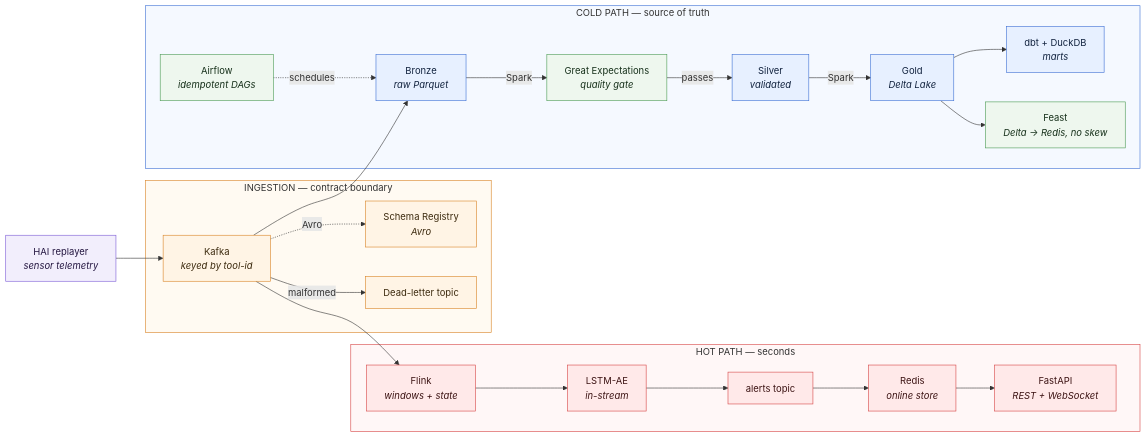
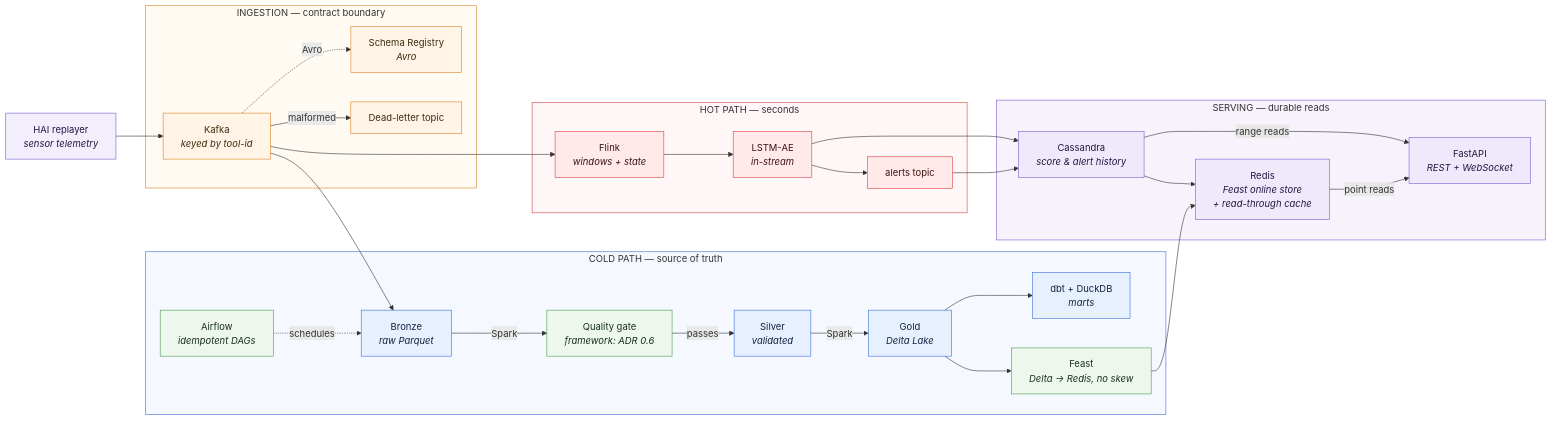
Before and after one commit to pqtrng/stream-lakehouse: the first of 2 diagrams in README.md, drawn with Mermaid. The commit also changed other lines of this file and 1 other file, not shown here.

````diff
--- a/README.md
+++ b/README.md
@@ -24,53 +26,65 @@
 ```mermaid
 flowchart LR
     SRC["HAI replayer<br/><i>sensor telemetry</i>"]
 
     subgraph EDGE["INGESTION — contract boundary"]
         KAFKA["Kafka<br/><i>keyed by tool-id</i>"]
         REG["Schema Registry<br/><i>Avro</i>"]
         DLQ["Dead-letter topic"]
     end
 
     subgraph HOT["HOT PATH — seconds"]
         FLINK["Flink<br/><i>windows + state</i>"]
         SCORE["LSTM-AE<br/><i>in-stream</i>"]
         ALERTS["alerts topic"]
-        REDIS["Redis<br/><i>online store</i>"]
+    end
+
+    subgraph SERVE["SERVING — durable reads"]
+        CASS["Cassandra<br/><i>score &amp; alert history</i>"]
+        REDIS["Redis<br/><i>Feast online store<br/>+ read-through cache</i>"]
         API["FastAPI<br/><i>REST + WebSocket</i>"]
     end
 
     subgraph COLD["COLD PATH — source of truth"]
         AIRFLOW["Airflow<br/><i>idempotent DAGs</i>"]
         BRONZE["Bronze<br/><i>raw Parquet</i>"]
-        GE["Great Expectations<br/><i>quality gate</i>"]
+        QG["Quality gate<br/><i>framework: ADR 0.6</i>"]
         SILVER["Silver<br/><i>validated</i>"]
         GOLD["Gold<br/><i>Delta Lake</i>"]
         MART["dbt + DuckDB<br/><i>marts</i>"]
         FEAST["Feast<br/><i>Delta → Redis, no skew</i>"]
     end
 
     SRC --> KAFKA
     KAFKA -. Avro .-> REG
     KAFKA -- malformed --> DLQ
-    KAFKA --> FLINK --> SCORE --> ALERTS --> REDIS --> API
+    KAFKA --> FLINK --> SCORE --> ALERTS
+    SCORE --> CASS
+    ALERTS --> CASS
+    CASS -- range reads --> API
+    CASS --> REDIS -- point reads --> API
     KAFKA --> BRONZE
-    BRONZE -- Spark --> GE -- passes --> SILVER -- Spark --> GOLD --> MART
+    BRONZE -- Spark --> QG -- passes --> SILVER -- Spark --> GOLD --> MART
     GOLD --> FEAST
+    FEAST --> REDIS
     AIRFLOW -. schedules .-> BRONZE
 
     style EDGE fill:#fffaf2,stroke:#d98324,stroke-width:1px
     style HOT fill:#fff7f7,stroke:#d64545,stroke-width:1px
+    style SERVE fill:#f7f2fb,stroke:#7b5bd6,stroke-width:1px
     style COLD fill:#f5f9ff,stroke:#3b6fd4,stroke-width:1px
 
     classDef ingest fill:#fff4e5,stroke:#d98324,stroke-width:1px,color:#3d2b0f
     classDef hot fill:#ffe9e9,stroke:#d64545,stroke-width:1px,color:#3d1414
+    classDef serving fill:#f0e9fb,stroke:#7b5bd6,stroke-width:1px,color:#241640
     classDef cold fill:#e7f0ff,stroke:#3b6fd4,stroke-width:1px,color:#12233f
     classDef gov fill:#eef7ee,stroke:#4a9a52,stroke-width:1px,color:#16301a
     classDef src fill:#f2eefc,stroke:#7b5bd6,stroke-width:1px,color:#241640
 
     class KAFKA,REG,DLQ ingest
-    class FLINK,SCORE,ALERTS,REDIS,API hot
+    class FLINK,SCORE,ALERTS hot
+    class CASS,REDIS,API serving
     class BRONZE,SILVER,GOLD,MART cold
-    class GE,AIRFLOW,FEAST gov
+    class QG,AIRFLOW,FEAST gov
     class SRC src
 ```
````
